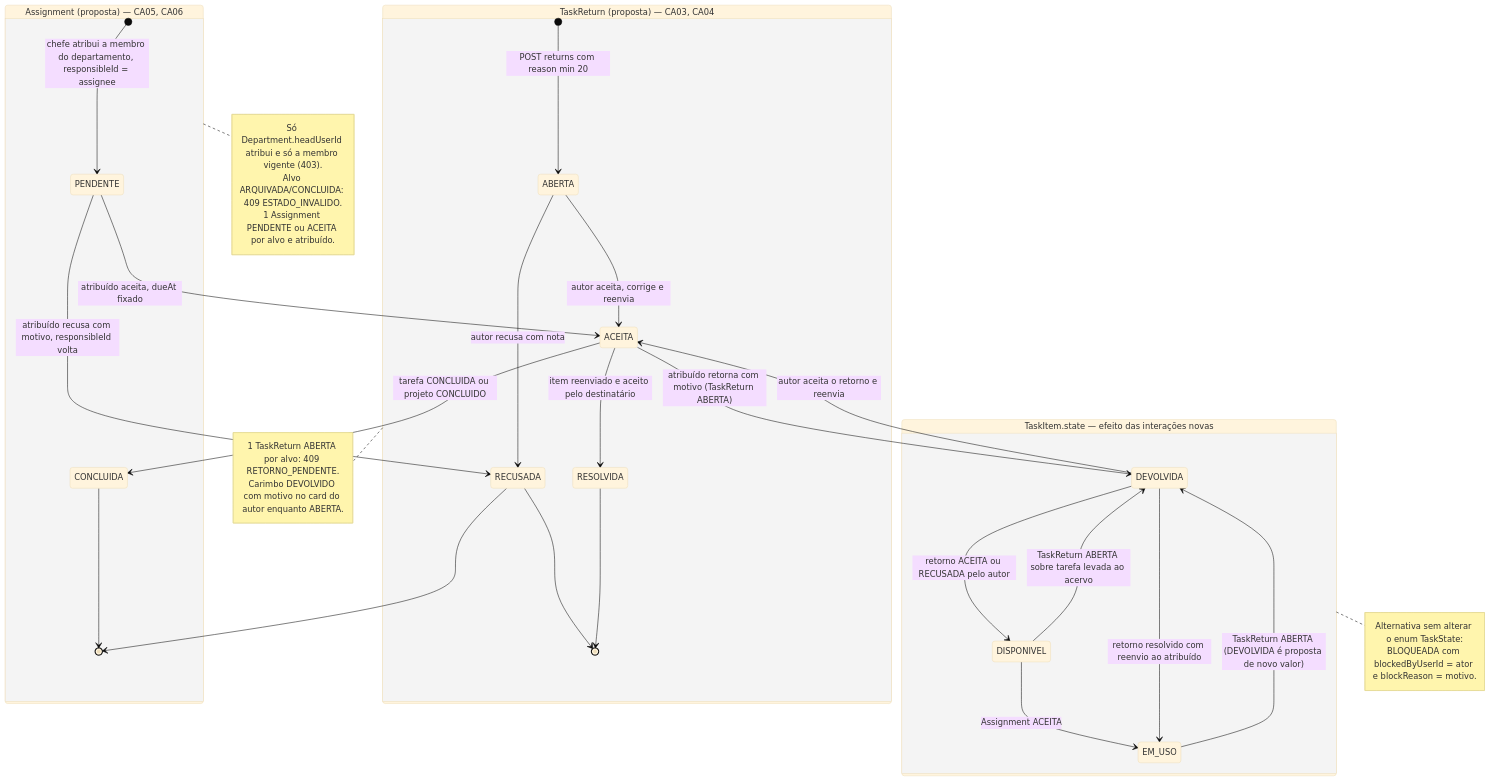
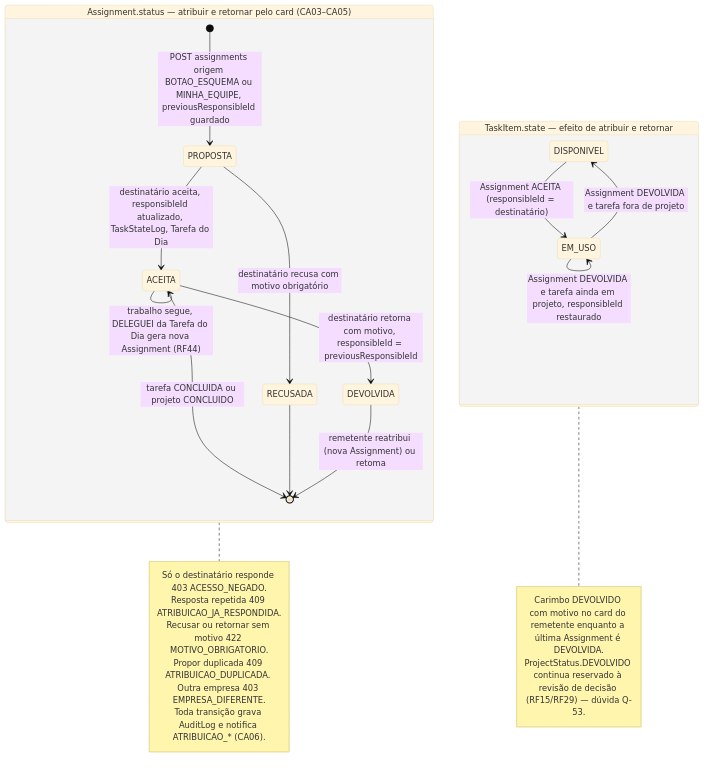
One commit to MatheusHaliski/Decia-app-2026 changed the fourth of 5 diagrams in docs/diagramas/RF18/README.md. Above: the diagram before and after it, drawn with Mermaid (base theme). The commit also changed other lines of this file and 3 other files, not shown here.

First line of the commit message:
docs(diagramas): RF18/RF19 alinhados à entidade Assignment; RF13 ajustado

````diff
--- a/docs/diagramas/RF18/README.md
+++ b/docs/diagramas/RF18/README.md
@@ -531,41 +542,29 @@
 ```mermaid
 stateDiagram-v2
-  state "Assignment (proposta) — CA05, CA06" as AS {
-    [*] --> PENDENTE : chefe atribui a membro do departamento, responsibleId = assignee
-    PENDENTE --> ACEITA : atribuído aceita, dueAt fixado
-    PENDENTE --> RECUSADA : atribuído recusa com motivo, responsibleId volta
-    ACEITA --> DEVOLVIDA : atribuído retorna com motivo (TaskReturn ABERTA)
-    DEVOLVIDA --> ACEITA : autor aceita o retorno e reenvia
-    ACEITA --> CONCLUIDA : tarefa CONCLUIDA ou projeto CONCLUIDO
+  state "Assignment.status — atribuir e retornar pelo card (CA03–CA05)" as AS {
+    [*] --> PROPOSTA : POST assignments origem BOTAO_ESQUEMA ou MINHA_EQUIPE, previousResponsibleId guardado
+    PROPOSTA --> ACEITA : destinatário aceita, responsibleId atualizado, TaskStateLog, Tarefa do Dia
+    PROPOSTA --> RECUSADA : destinatário recusa com motivo obrigatório
+    ACEITA --> DEVOLVIDA : destinatário retorna com motivo, responsibleId = previousResponsibleId
+    ACEITA --> ACEITA : trabalho segue, DELEGUEI da Tarefa do Dia gera nova Assignment (RF44)
+    ACEITA --> [*] : tarefa CONCLUIDA ou projeto CONCLUIDO
     RECUSADA --> [*]
-    CONCLUIDA --> [*]
+    DEVOLVIDA --> [*] : remetente reatribui (nova Assignment) ou retoma
   }
-  state "TaskReturn (proposta) — CA03, CA04" as TR {
-    [*] --> ABERTA : POST returns com reason min 20
-    ABERTA --> ACEITA : autor aceita, corrige e reenvia
-    ABERTA --> RECUSADA : autor recusa com nota
-    ACEITA --> RESOLVIDA : item reenviado e aceito pelo destinatário
-    RECUSADA --> [*]
-    RESOLVIDA --> [*]
-  }
-  state "TaskItem.state — efeito das interações novas" as TS {
-    DISPONIVEL --> EM_USO : Assignment ACEITA
-    EM_USO --> DEVOLVIDA : TaskReturn ABERTA (DEVOLVIDA é proposta de novo valor)
-    DISPONIVEL --> DEVOLVIDA : TaskReturn ABERTA sobre tarefa levada ao acervo
-    DEVOLVIDA --> DISPONIVEL : retorno ACEITA ou RECUSADA pelo autor
-    DEVOLVIDA --> EM_USO : retorno resolvido com reenvio ao atribuído
+  state "TaskItem.state — efeito de atribuir e retornar" as TS {
+    DISPONIVEL --> EM_USO : Assignment ACEITA (responsibleId = destinatário)
+    EM_USO --> EM_USO : Assignment DEVOLVIDA e tarefa ainda em projeto, responsibleId restaurado
+    EM_USO --> DISPONIVEL : Assignment DEVOLVIDA e tarefa fora de projeto
   }
   note right of AS
-    Só Department.headUserId atribui e só a membro vigente (403).
-    Alvo ARQUIVADA/CONCLUIDA: 409 ESTADO_INVALIDO.
-    1 Assignment PENDENTE ou ACEITA por alvo e atribuído.
-  end note
-  note right of TR
-    1 TaskReturn ABERTA por alvo: 409 RETORNO_PENDENTE.
-    Carimbo DEVOLVIDO com motivo no card do autor enquanto ABERTA.
+    Só o destinatário responde 403 ACESSO_NEGADO.
+    Resposta repetida 409 ATRIBUICAO_JA_RESPONDIDA.
+    Recusar ou retornar sem motivo 422 MOTIVO_OBRIGATORIO.
+    Propor duplicada 409 ATRIBUICAO_DUPLICADA. Outra empresa 403 EMPRESA_DIFERENTE.
+    Toda transição grava AuditLog e notifica ATRIBUICAO_* (CA06).
   end note
   note right of TS
-    Alternativa sem alterar o enum TaskState:
-    BLOQUEADA com blockedByUserId = ator e blockReason = motivo.
+    Carimbo DEVOLVIDO com motivo no card do remetente enquanto a última Assignment é DEVOLVIDA.
+    ProjectStatus.DEVOLVIDO continua reservado à revisão de decisão (RF15/RF29) — dúvida Q-53.
   end note
 ```
````
